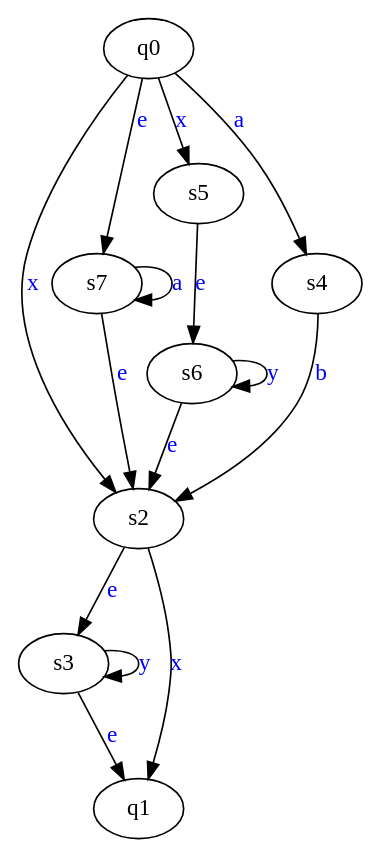
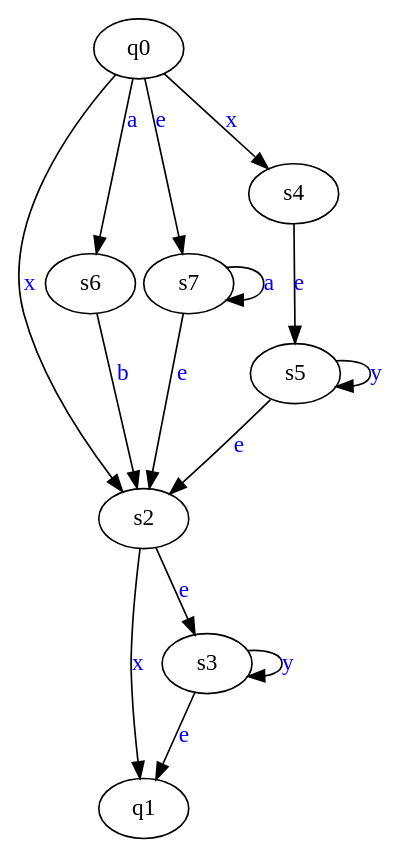
The diagram in assets/v2.dot (SmartPhoneJava/compiler-design), drawn with Graphviz before and after one commit. The commit also changed 17 other files, not shown here.

```diff
--- a/assets/v2.dot
+++ b/assets/v2.dot
@@ -1,25 +1,25 @@
 digraph G {
-	s6->s6[ label=<<font color="blue">y</font>> ];
+	s2->q1[ label=<<font color="blue">x</font>> ];
+	s3->s3[ label=<<font color="blue">y</font>> ];
+	s6->s2[ label=<<font color="blue">b</font>> ];
+	s7->s2[ label=<<font color="blue">e</font>> ];
 	q0->s2[ label=<<font color="blue">x</font>> ];
+	s2->s3[ label=<<font color="blue">e</font>> ];
+	q0->s4[ label=<<font color="blue">x</font>> ];
+	s5->s5[ label=<<font color="blue">y</font>> ];
+	s5->s2[ label=<<font color="blue">e</font>> ];
+	s7->s7[ label=<<font color="blue">a</font>> ];
+	q0->s6[ label=<<font color="blue">a</font>> ];
+	s4->s5[ label=<<font color="blue">e</font>> ];
 	q0->s7[ label=<<font color="blue">e</font>> ];
-	s3->s3[ label=<<font color="blue">y</font>> ];
-	s5->s6[ label=<<font color="blue">e</font>> ];
-	s2->s3[ label=<<font color="blue">e</font>> ];
-	s7->s2[ label=<<font color="blue">e</font>> ];
-	s6->s2[ label=<<font color="blue">e</font>> ];
-	q0->s4[ label=<<font color="blue">a</font>> ];
-	s4->s2[ label=<<font color="blue">b</font>> ];
 	s3->q1[ label=<<font color="blue">e</font>> ];
-	s7->s7[ label=<<font color="blue">a</font>> ];
-	q0->s5[ label=<<font color="blue">x</font>> ];
-	s2->q1[ label=<<font color="blue">x</font>> ];
 	q0;
 	q1;
 	s2;
 	s3;
 	s4;
 	s5;
 	s6;
 	s7;
 
 }
```
